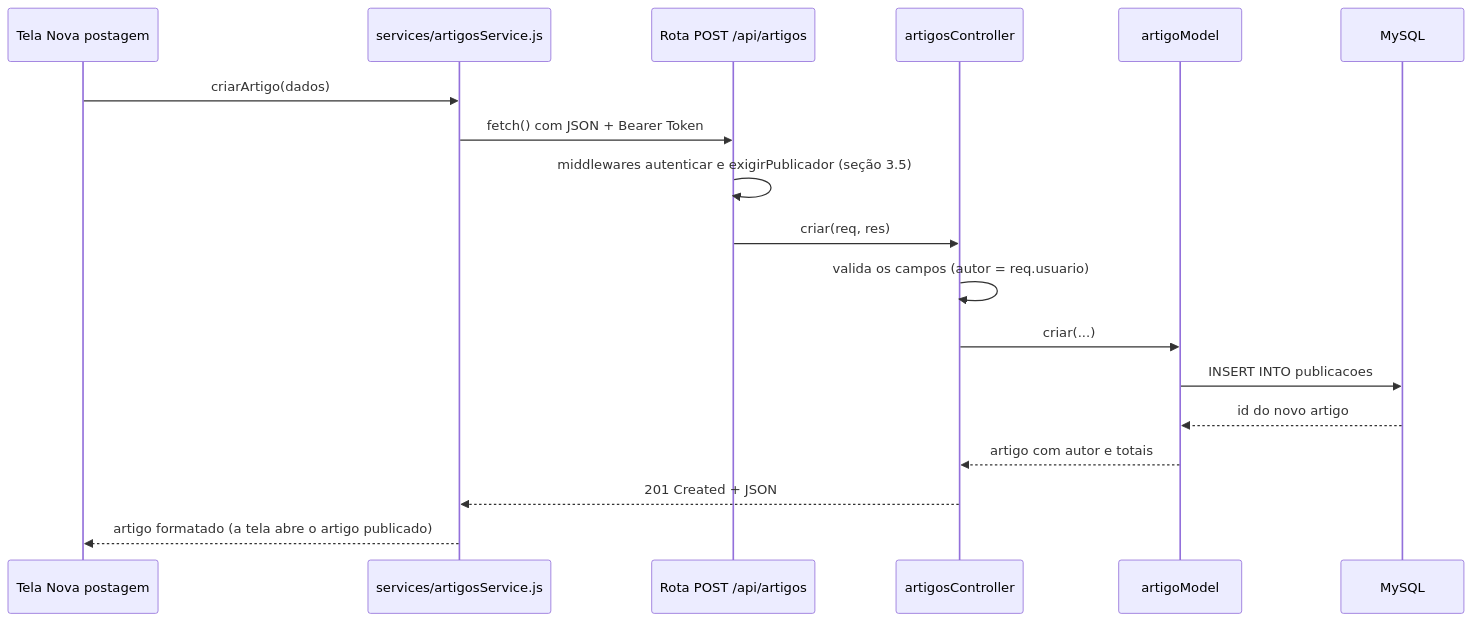
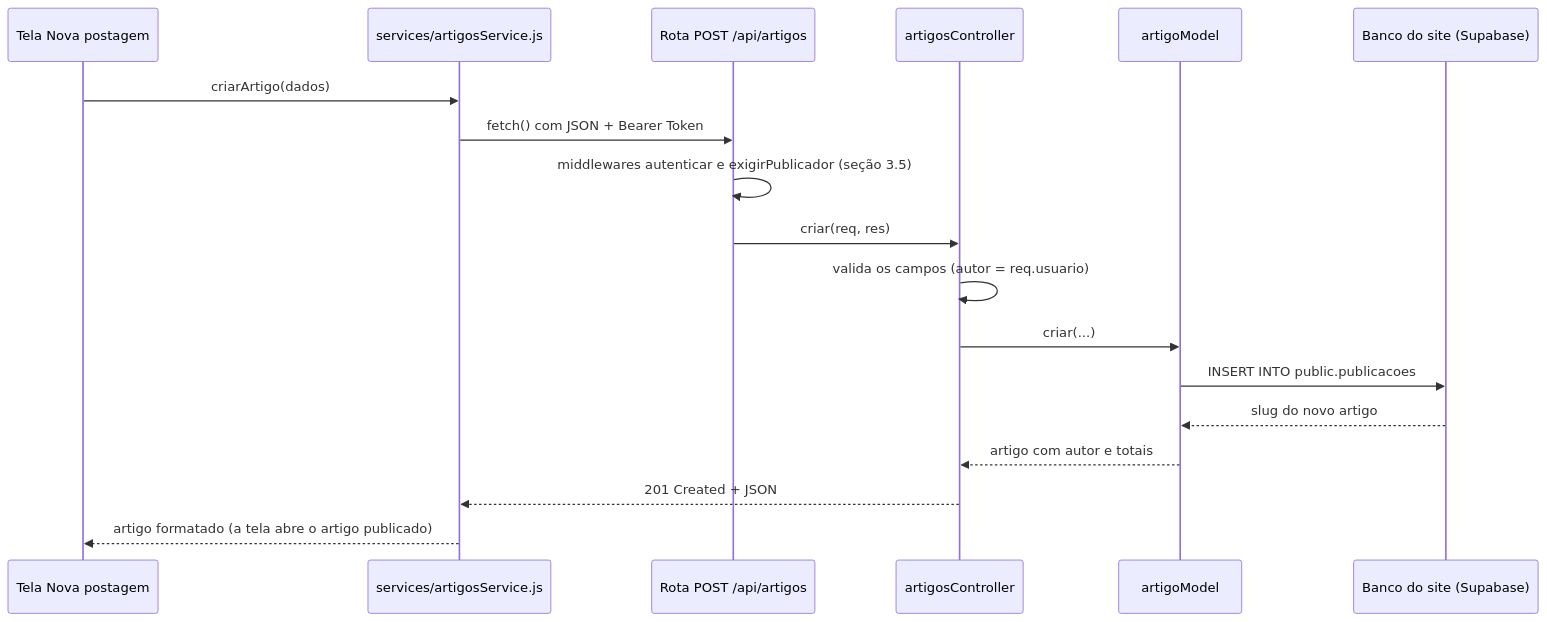
One commit to anasprenger/conexaopais.app changed the fourth of 6 diagrams in README.md. Above: the diagram before and after it, drawn with Mermaid. The commit also changed other lines of this file and 4 other files, not shown here.

First line of the commit message:
docs: README, dicionário de dados e roteiro da apresentação com o banco do site

````diff
--- a/README.md
+++ b/README.md
@@ -254,20 +298,20 @@
 ```mermaid
 sequenceDiagram
     participant T as Tela Nova postagem
     participant S as services/artigosService.js
     participant R as Rota POST /api/artigos
     participant C as artigosController
     participant M as artigoModel
-    participant DB as MySQL
+    participant DB as Banco do site (Supabase)
     T->>S: criarArtigo(dados)
     S->>R: fetch() com JSON + Bearer Token
     R->>R: middlewares autenticar e exigirPublicador (seção 3.5)
     R->>C: criar(req, res)
     C->>C: valida os campos (autor = req.usuario)
     C->>M: criar(...)
-    M->>DB: INSERT INTO publicacoes
-    DB-->>M: id do novo artigo
+    M->>DB: INSERT INTO public.publicacoes
+    DB-->>M: slug do novo artigo
     M-->>C: artigo com autor e totais
     C-->>S: 201 Created + JSON
     S-->>T: artigo formatado (a tela abre o artigo publicado)
 ```
````
